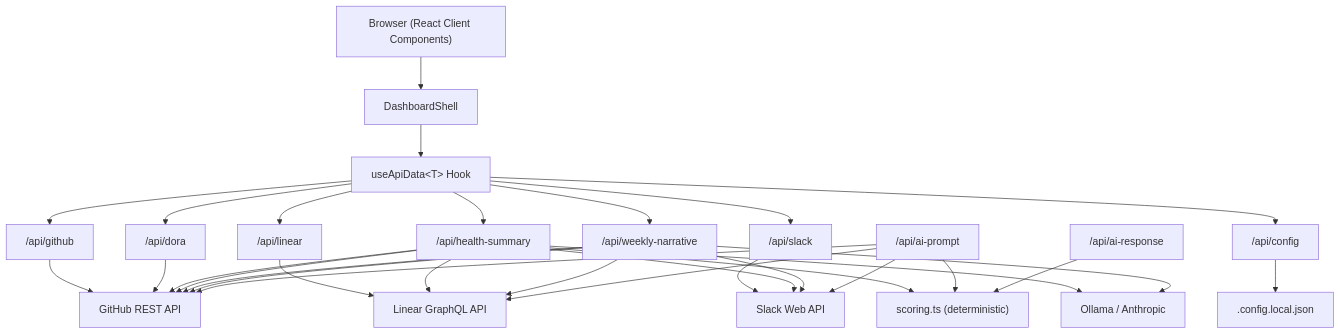
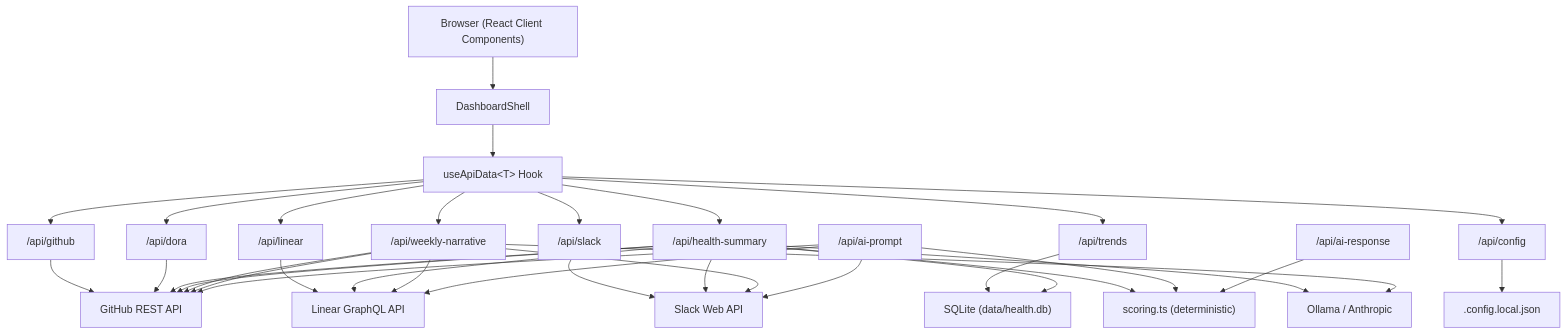
The first of 2 diagrams in ARCHITECTURE.md (jasonmeltzer/team-health-dashboard), drawn with Mermaid before and after one commit. The commit also changed other lines of this file and 1 other file, not shown here.

Commit message:
docs: update README and ARCHITECTURE for Phase 02 persistence & resilience

````diff
--- a/ARCHITECTURE.md
+++ b/ARCHITECTURE.md
@@ -23,43 +24,47 @@
 ```mermaid
 graph TD
     Browser["Browser (React Client Components)"]
     Shell["DashboardShell"]
     Hook["useApiData&lt;T&gt; Hook"]
 
     Browser --> Shell
     Shell --> Hook
 
     Hook --> API_GH["/api/github"]
     Hook --> API_LN["/api/linear"]
     Hook --> API_SL["/api/slack"]
     Hook --> API_DORA["/api/dora"]
     Hook --> API_HS["/api/health-summary"]
     Hook --> API_WN["/api/weekly-narrative"]
+    Hook --> API_TR["/api/trends"]
     Hook --> API_CFG["/api/config"]
+
+    API_TR --> SQLite["SQLite (data/health.db)"]
+    API_HS --> SQLite
 
     API_GH --> GitHub["GitHub REST API"]
     API_LN --> Linear["Linear GraphQL API"]
     API_SL --> Slack["Slack Web API"]
     API_DORA --> GitHub
 
     API_HS --> GitHub
     API_HS --> Linear
     API_HS --> Slack
     API_HS --> GitHub
     API_HS --> Scoring["scoring.ts (deterministic)"]
     API_HS --> AI["Ollama / Anthropic"]
 
     API_WN --> GitHub
     API_WN --> Linear
     API_WN --> Slack
     API_WN --> GitHub
     API_WN --> AI
 
     API_PROMPT["/api/ai-prompt"] --> GitHub
     API_PROMPT --> Linear
     API_PROMPT --> Slack
     API_PROMPT --> Scoring
     API_RESP["/api/ai-response"] --> Scoring
 
     API_CFG --> ConfigFile[".config.local.json"]
 ```
````
